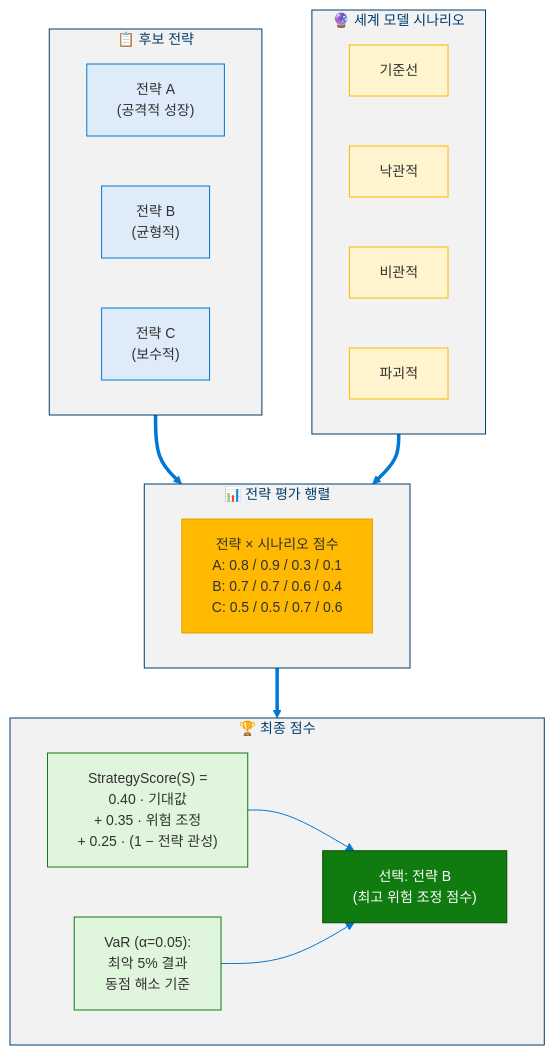
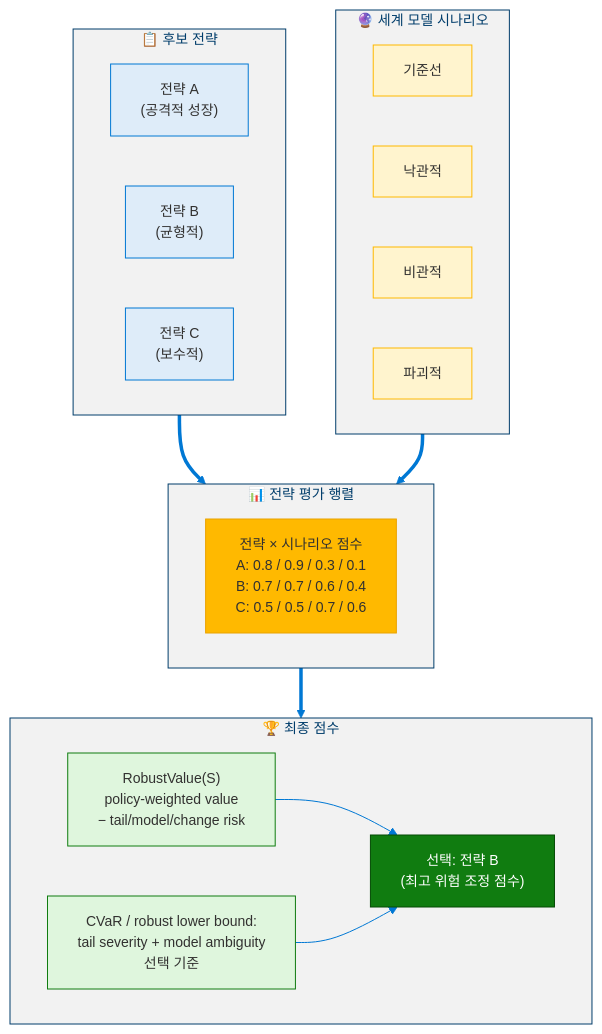
One commit to dotnetpower/mscp changed diagram 11 of 17 in docs/levels/Level_4_8_Strategic_Self_Modeling.ko.md. Above: the diagram before and after it, drawn with Mermaid. The commit also changed other lines of this file and 21 other files, not shown here.

````diff
--- a/docs/levels/Level_4_8_Strategic_Self_Modeling.ko.md
+++ b/docs/levels/Level_4_8_Strategic_Self_Modeling.ko.md
@@ -541,38 +558,38 @@
 ```mermaid
 %%{init: {'theme': 'base', 'themeVariables': {'primaryColor': '#0078D4', 'primaryTextColor': '#003D6B', 'primaryBorderColor': '#003D6B', 'secondaryColor': '#50E6FF', 'secondaryTextColor': '#323130', 'secondaryBorderColor': '#00BCF2', 'tertiaryColor': '#F2F2F2', 'tertiaryTextColor': '#323130', 'lineColor': '#0078D4', 'textColor': '#323130', 'mainBkg': '#DEECF9', 'nodeBorder': '#0078D4', 'clusterBkg': '#F2F2F2', 'clusterBorder': '#003D6B', 'titleColor': '#003D6B', 'edgeLabelBackground': '#FFFFFF', 'fontSize': '14px'}}}%%
 flowchart TD
   classDef strat fill:#DEECF9,stroke:#0078D4,color:#323130
   classDef scenario fill:#FFF4CE,stroke:#FFB900,color:#323130
   classDef eval fill:#FFB900,stroke:#EAA300,color:#323130
   classDef score fill:#DFF6DD,stroke:#107C10,color:#323130
   classDef winner fill:#107C10,stroke:#054B05,color:#FFF
 
   subgraph Strategies["📋 후보 전략"]
     SA["전략 A<br/>(공격적 성장)"]:::strat
     SB["전략 B<br/>(균형적)"]:::strat
     SC["전략 C<br/>(보수적)"]:::strat
   end
 
   subgraph Scenarios["🔮 세계 모델 시나리오"]
     S1["기준선"]:::scenario
     S2["낙관적"]:::scenario
     S3["비관적"]:::scenario
     S4["파괴적"]:::scenario
   end
 
   subgraph Evaluation["📊 전략 평가 행렬"]
     MATRIX["전략 × 시나리오 점수<br/>A: 0.8 / 0.9 / 0.3 / 0.1<br/>B: 0.7 / 0.7 / 0.6 / 0.4<br/>C: 0.5 / 0.5 / 0.7 / 0.6"]:::eval
   end
 
   subgraph Scoring["🏆 최종 점수"]
-    SCORE["StrategyScore(S) =<br/>0.40 · 기대값<br/>+ 0.35 · 위험 조정<br/>+ 0.25 · (1 − 전략 관성)"]:::score
-    VAR["VaR (α=0.05):<br/>최악 5% 결과<br/>동점 해소 기준"]:::score
+    SCORE["RobustValue(S)<br/>policy-weighted value<br/>− tail/model/change risk"]:::score
+    VAR["CVaR / robust lower bound:<br/>tail severity + model ambiguity<br/>선택 기준"]:::score
     WINNER["선택: 전략 B<br/>(최고 위험 조정 점수)"]:::winner
   end
 
   Strategies ==> Evaluation
   Scenarios ==> Evaluation
   Evaluation ==> Scoring
   SCORE --> WINNER
   VAR --> WINNER
 ```
````
